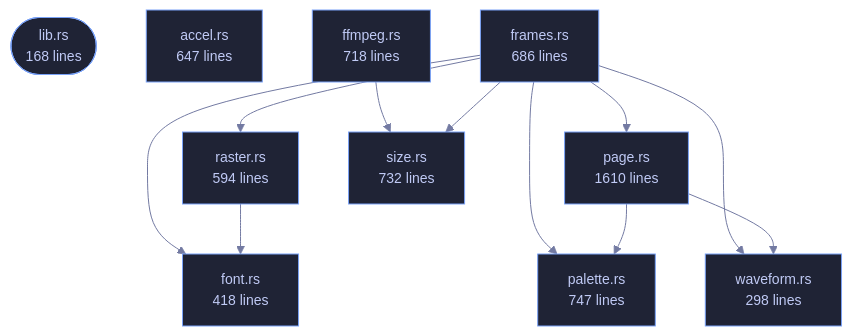
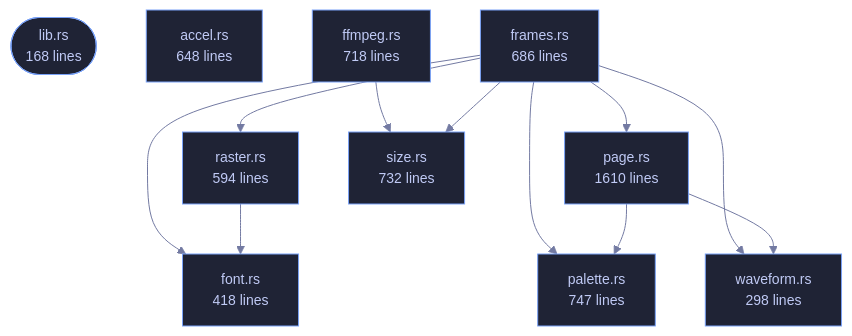
Before and after one commit to tilas01/veilvoice: the diagram in crates/veilvoice-video/README.md, drawn with Mermaid. The commit also changed other lines of this file and 14 other files, not shown here.

````diff
--- a/crates/veilvoice-video/README.md
+++ b/crates/veilvoice-video/README.md
@@ -90,34 +90,34 @@
 ```mermaid
 %%{init: {"theme":"base","themeVariables":{"background":"#1a1b26","primaryColor":"#1f2335","primaryTextColor":"#c0caf5","primaryBorderColor":"#7aa2f7","secondaryColor":"#16161e","tertiaryColor":"#16161e","lineColor":"#737aa2","textColor":"#c0caf5","mainBkg":"#1f2335","nodeBorder":"#7aa2f7","clusterBkg":"#16161e","clusterBorder":"#2f3549","fontFamily":"ui-monospace, SFMono-Regular, Consolas, monospace","fontSize":"14px"}}}%%
 flowchart TD
     n_lib(["lib.rs<br/>168 lines"])
-    n_accel["accel.rs<br/>647 lines"]
+    n_accel["accel.rs<br/>648 lines"]
     n_ffmpeg["ffmpeg.rs<br/>718 lines"]
     n_font["font.rs<br/>418 lines"]
     n_frames["frames.rs<br/>686 lines"]
     n_page["page.rs<br/>1610 lines"]
     n_palette["palette.rs<br/>747 lines"]
     n_raster["raster.rs<br/>594 lines"]
     n_size["size.rs<br/>732 lines"]
     n_waveform["waveform.rs<br/>298 lines"]
     n_ffmpeg --> n_size
     n_frames --> n_font
     n_frames --> n_page
     n_frames --> n_palette
     n_frames --> n_raster
     n_frames --> n_size
     n_frames --> n_waveform
     n_page --> n_palette
     n_page --> n_waveform
     n_raster --> n_font
     click n_lib href "https://github.com/tilas01/veilvoice/blob/main/crates/veilvoice-video/src/lib.rs" "open the source"
     click n_accel href "https://github.com/tilas01/veilvoice/blob/main/crates/veilvoice-video/src/accel.rs" "open the source"
     click n_ffmpeg href "https://github.com/tilas01/veilvoice/blob/main/crates/veilvoice-video/src/ffmpeg.rs" "open the source"
     click n_font href "https://github.com/tilas01/veilvoice/blob/main/crates/veilvoice-video/src/font.rs" "open the source"
     click n_frames href "https://github.com/tilas01/veilvoice/blob/main/crates/veilvoice-video/src/frames.rs" "open the source"
     click n_page href "https://github.com/tilas01/veilvoice/blob/main/crates/veilvoice-video/src/page.rs" "open the source"
     click n_palette href "https://github.com/tilas01/veilvoice/blob/main/crates/veilvoice-video/src/palette.rs" "open the source"
     click n_raster href "https://github.com/tilas01/veilvoice/blob/main/crates/veilvoice-video/src/raster.rs" "open the source"
     click n_size href "https://github.com/tilas01/veilvoice/blob/main/crates/veilvoice-video/src/size.rs" "open the source"
     click n_waveform href "https://github.com/tilas01/veilvoice/blob/main/crates/veilvoice-video/src/waveform.rs" "open the source"
 ```
````
